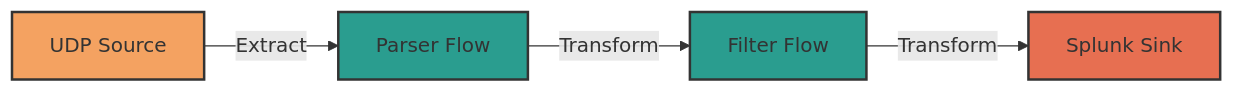
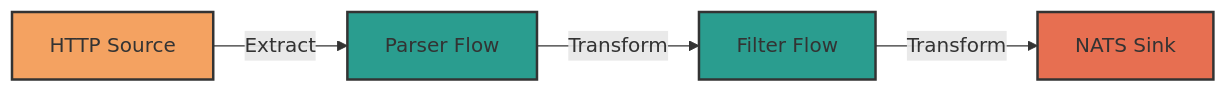
The third of 4 diagrams in pkg/pipeline/readme.md (witfoo/krapht), drawn with Mermaid before and after one commit. The commit also changed other lines of this file and 1 other file, not shown here.

````diff
--- a/pkg/pipeline/readme.md
+++ b/pkg/pipeline/readme.md
@@ -78,11 +78,11 @@
 ```mermaid
 flowchart LR
-    A[UDP Source] -->|Extract| B[Parser Flow]
+    A[HTTP Source] -->|Extract| B[Parser Flow]
     B -->|Transform| C[Filter Flow]
-    C -->|Transform| D[Splunk Sink]
+    C -->|Transform| D[NATS Sink]
     
     style A fill:#f4a261,stroke:#333,stroke-width:2px
     style B fill:#2a9d8f,stroke:#333,stroke-width:2px
     style C fill:#2a9d8f,stroke:#333,stroke-width:2px
     style D fill:#e76f51,stroke:#333,stroke-width:2px
 ```
````
